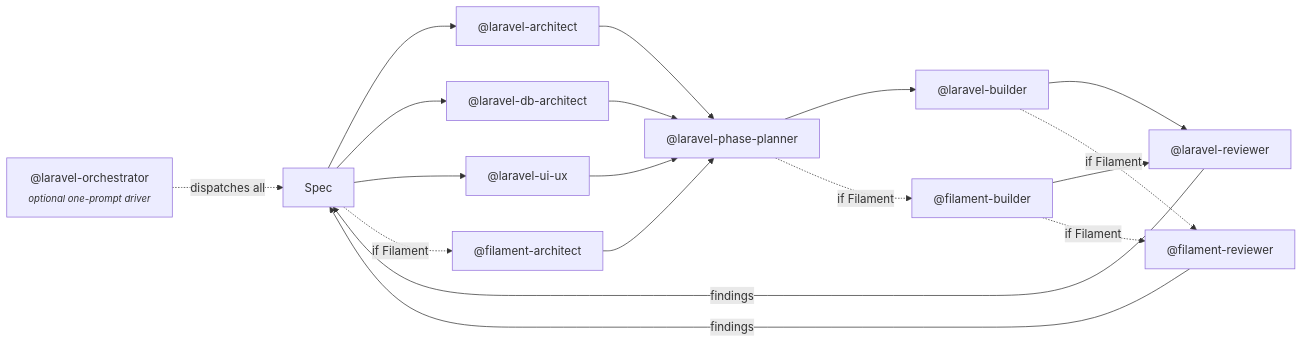
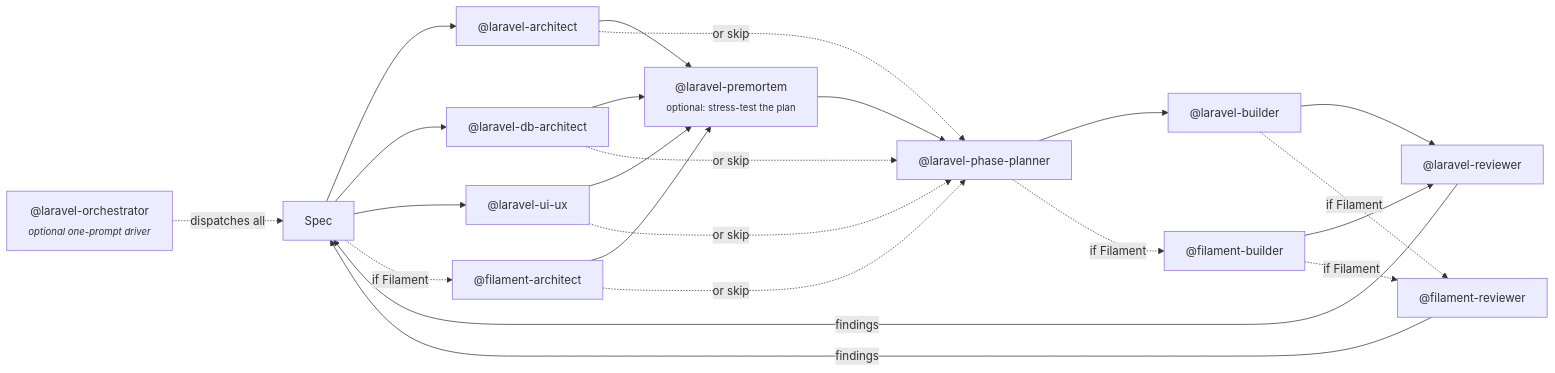
One commit to bilalelhaj/laravel-engineering-agents changed the first of 2 diagrams in README.md. Above: the diagram before and after it, drawn with Mermaid. The commit also changed other lines of this file and 2 other files, not shown here.

First line of the commit message:
Add laravel-premortem: pre-implementation plan stress-test (Klein's method)

````diff
--- a/README.md
+++ b/README.md
@@ -11,17 +11,19 @@
 ```mermaid
 flowchart LR
     O["@laravel-orchestrator<br/><sub><i>optional one-prompt driver</i></sub>"]
     Spec[Spec]
 
     O -.->|dispatches all| Spec
     Spec --> A["@laravel-architect"]
     Spec --> D["@laravel-db-architect"]
     Spec --> UI["@laravel-ui-ux"]
     Spec -. if Filament .-> FA["@filament-architect"]
-    A & D & UI & FA --> P["@laravel-phase-planner"]
+    A & D & UI & FA --> PM["@laravel-premortem<br/><sub>optional: stress-test the plan</sub>"]
+    PM --> P["@laravel-phase-planner"]
+    A & D & UI & FA -.->|or skip| P
     P --> B["@laravel-builder"]
     P -. if Filament .-> FB["@filament-builder"]
     B & FB --> R["@laravel-reviewer"]
     B & FB -. if Filament .-> FR["@filament-reviewer"]
     R & FR -->|findings| Spec
 ```
````
